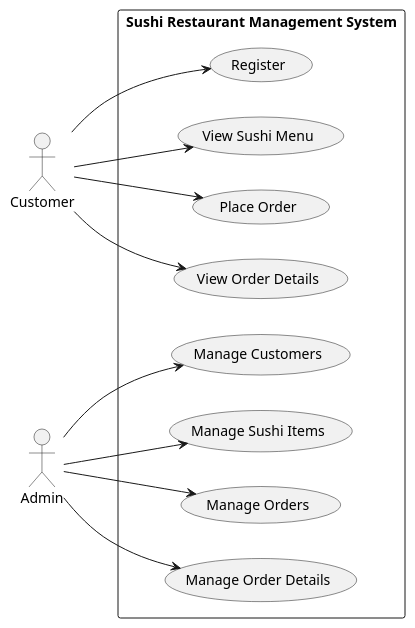
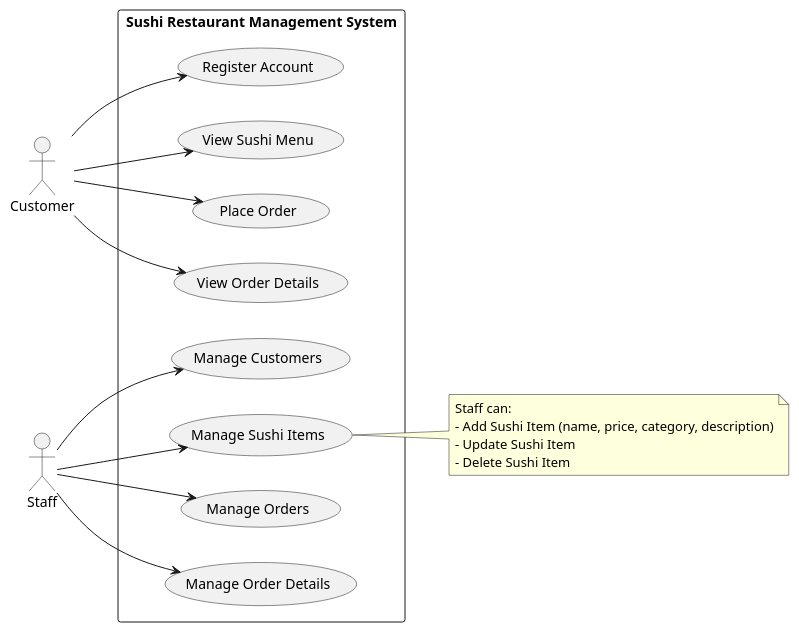
The diagram in docs/usecase.puml (takahashidan85/sushi-restaurant-management), drawn with PlantUML before and after one commit. The commit also changed 3 other files, not shown here.

Commit message:
update diagrams

```diff
--- a/docs/usecase.puml
+++ b/docs/usecase.puml
@@ -1,32 +1,37 @@
 @startuml UseCase_SushiRestaurant
 
 left to right direction
 actor "Customer" as C
-actor "Admin" as A
+actor "Staff" as S
 
 rectangle "Sushi Restaurant Management System" {
-  
-  (Register) as UC1
+
+  (Register Account) as UC1
   (View Sushi Menu) as UC2
   (Place Order) as UC3
   (View Order Details) as UC4
 
   (Manage Customers) as UC5
   (Manage Sushi Items) as UC6
   (Manage Orders) as UC7
   (Manage Order Details) as UC8
 }
 
-' Customer interactions
 C --> UC1
 C --> UC2
 C --> UC3
 C --> UC4
 
-' Admin interactions
-A --> UC5
-A --> UC6
-A --> UC7
-A --> UC8
+S --> UC5
+S --> UC6
+S --> UC7
+S --> UC8
+
+note right of UC6
+  Staff can:
+  - Add Sushi Item (name, price, category, description)
+  - Update Sushi Item
+  - Delete Sushi Item
+end note
 
 @enduml
```
